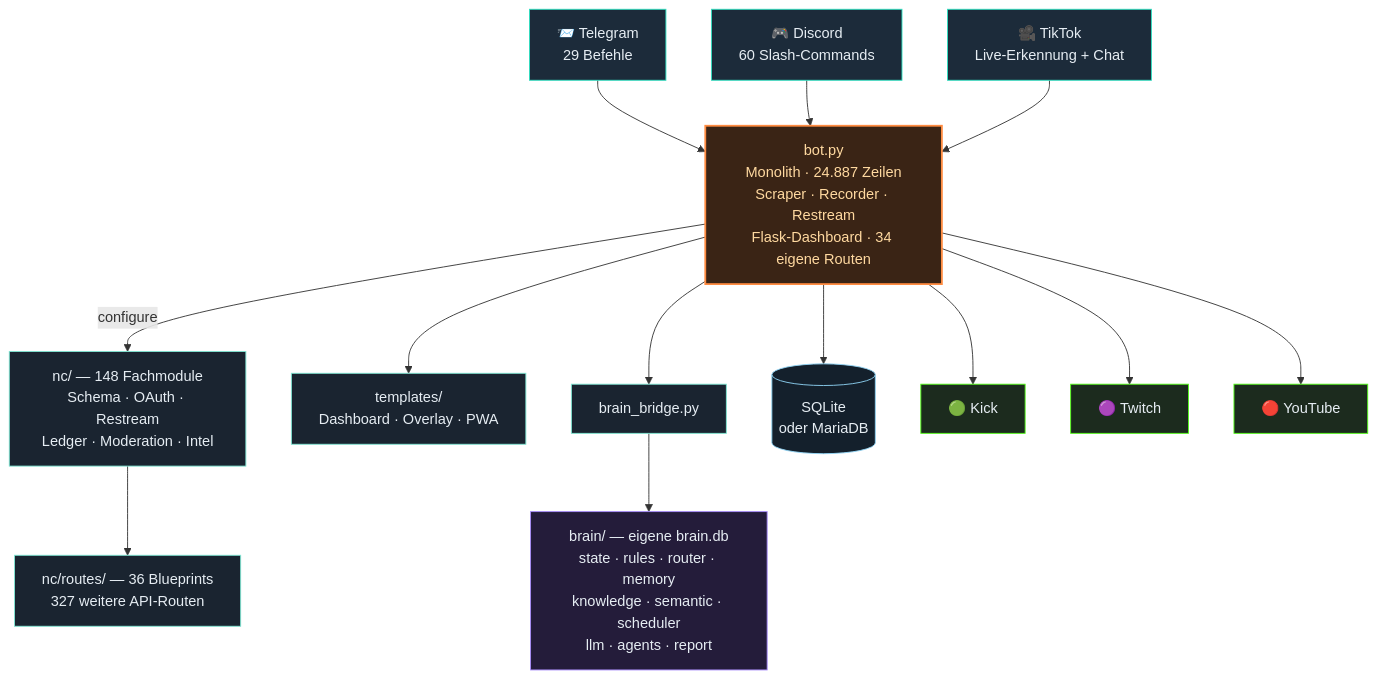
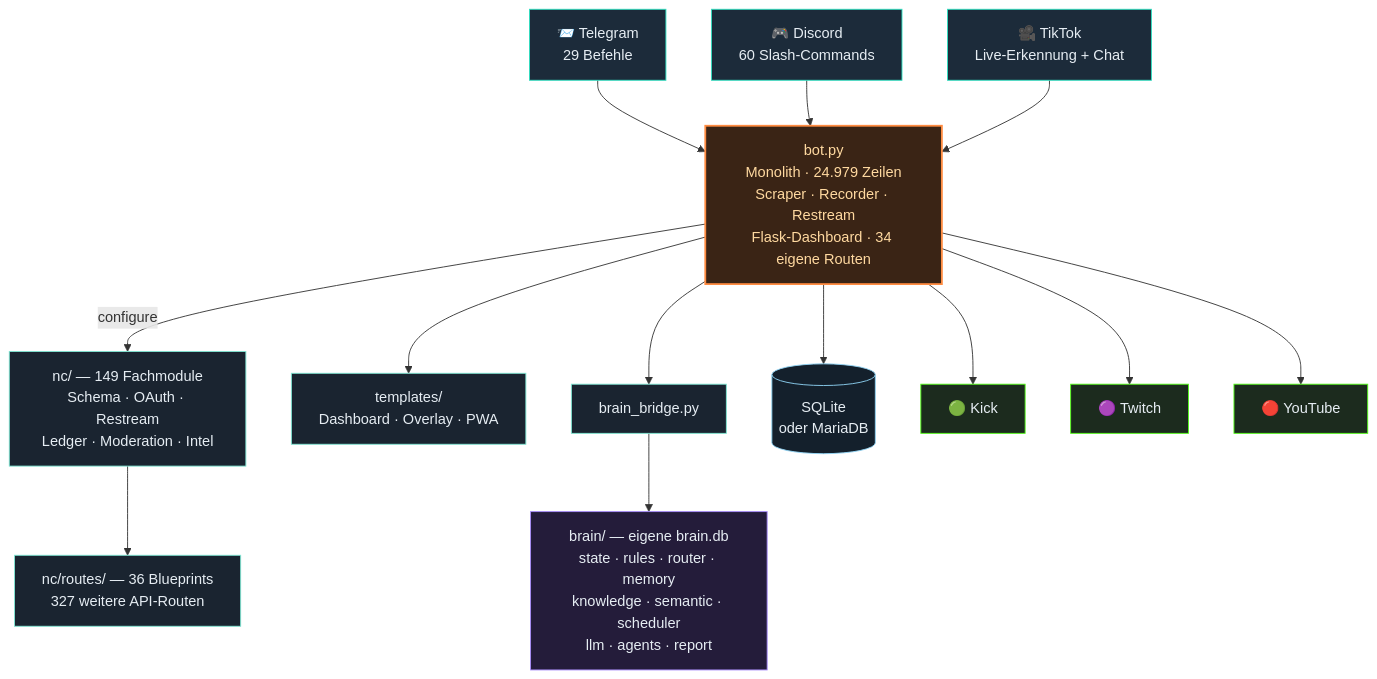
Before and after one commit to itsamemedev/Telegram-Stream-Info-Bot: the third of 4 diagrams in README.md, drawn with Mermaid. The commit also changed other lines of this file and 10 other files, not shown here.

````diff
--- a/README.md
+++ b/README.md
@@ -189,30 +189,30 @@
 ```mermaid
 flowchart TB
     TG["📨 Telegram<br/>29 Befehle"]:::ein
     DC["🎮 Discord<br/>60 Slash-Commands"]:::ein
     TT["🎥 TikTok<br/>Live-Erkennung + Chat"]:::ein
 
     TG --> BOT
     DC --> BOT
     TT --> BOT
 
-    BOT["bot.py<br/>Monolith · 24.887 Zeilen<br/>Scraper · Recorder · Restream<br/>Flask-Dashboard · 34 eigene Routen"]:::core
+    BOT["bot.py<br/>Monolith · 24.979 Zeilen<br/>Scraper · Recorder · Restream<br/>Flask-Dashboard · 34 eigene Routen"]:::core
 
-    BOT -->|configure| NC["nc/ — 148 Fachmodule<br/>Schema · OAuth · Restream<br/>Ledger · Moderation · Intel"]:::lib
+    BOT -->|configure| NC["nc/ — 149 Fachmodule<br/>Schema · OAuth · Restream<br/>Ledger · Moderation · Intel"]:::lib
     NC --> RT["nc/routes/ — 36 Blueprints<br/>327 weitere API-Routen"]:::lib
     BOT --> TPL["templates/<br/>Dashboard · Overlay · PWA"]:::lib
     BOT --> BR["brain_bridge.py"]:::lib
     BR --> BRAIN["brain/ — eigene brain.db<br/>state · rules · router · memory<br/>knowledge · semantic · scheduler<br/>llm · agents · report"]:::brain
     BOT --> DB[("SQLite<br/>oder MariaDB")]:::db
 
     BOT --> KICK["🟢 Kick"]:::out
     BOT --> TW["🟣 Twitch"]:::out
     BOT --> YT["🔴 YouTube"]:::out
 
     classDef ein fill:#1c2b3a,stroke:#2de1c2,color:#e6edf3
     classDef core fill:#3a2415,stroke:#ff8c42,stroke-width:2px,color:#ffd9a0
     classDef lib fill:#1a2430,stroke:#7fe7d4,color:#e6edf3
     classDef brain fill:#241c3a,stroke:#a78bfa,color:#e6edf3
     classDef db fill:#14202c,stroke:#8fd3f4,color:#e6edf3
     classDef out fill:#1c2b1e,stroke:#53fc18,color:#e6edf3
 ```
````
